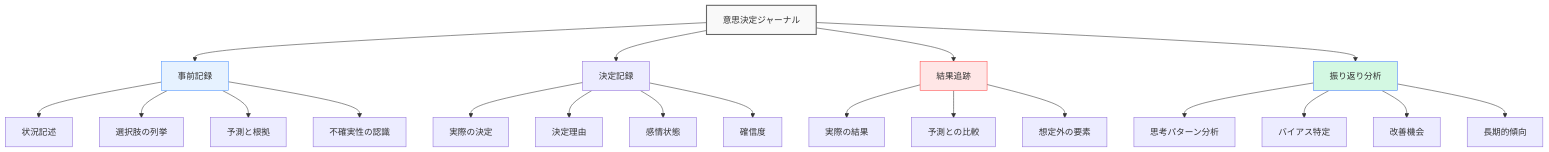
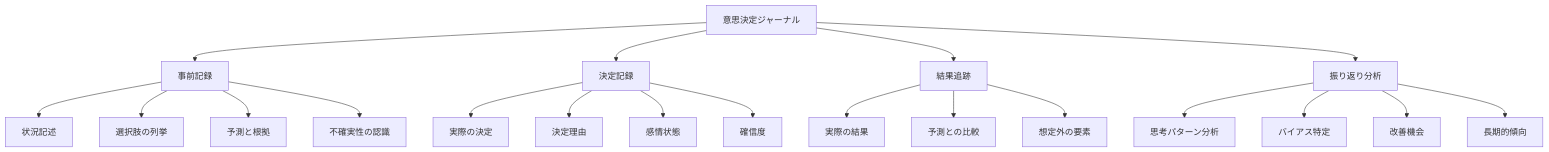
Before and after one commit to shuji-bonji/Situational-Awareness-and-Decision-Making: the fourth of 8 diagrams in docs/decision-making-guide/decision-training.md, drawn with Mermaid. The commit also changed other lines of this file and 49 other files, not shown here.

Commit message:
fix: ダークモードで見づらい図の色の変更

````diff
--- a/docs/decision-making-guide/decision-training.md
+++ b/docs/decision-making-guide/decision-training.md
@@ -414,31 +414,31 @@
 ```mermaid
 graph TD
     A[意思決定ジャーナル] --> B[事前記録]
     A --> C[決定記録]
     A --> D[結果追跡]
     A --> E[振り返り分析]
     
     B --> B1[状況記述]
     B --> B2[選択肢の列挙]
     B --> B3[予測と根拠]
     B --> B4[不確実性の認識]
     
     C --> C1[実際の決定]
     C --> C2[決定理由]
     C --> C3[感情状態]
     C --> C4[確信度]
     
     D --> D1[実際の結果]
     D --> D2[予測との比較]
     D --> D3[想定外の要素]
     
     E --> E1[思考パターン分析]
     E --> E2[バイアス特定]
     E --> E3[改善機会]
     E --> E4[長期的傾向]
     
-    style A fill:#f9f9f9,stroke:#666,stroke-width:2px
-    style B fill:#e6f2ff,stroke:#4d94ff
-    style D fill:#ffe6e6,stroke:#ff4d4d
-    style E fill:#d3f8e2,stroke:#4d7fff
+
+
+
+
 ```
````
